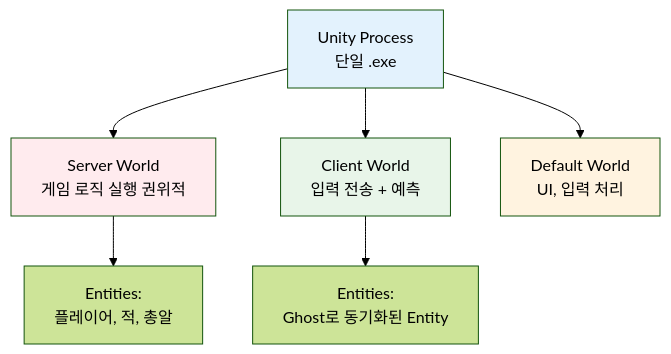
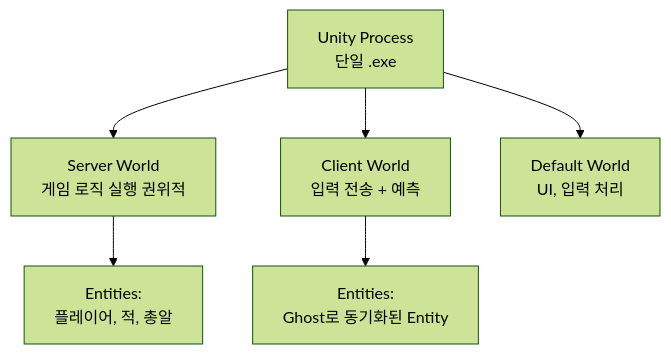
The fourth of 8 diagrams in README.md (lmo0317/projectc), drawn with Mermaid (forest theme) before and after one commit. The commit also changed other lines of this file, not shown here.

````diff
--- a/README.md
+++ b/README.md
@@ -360,17 +343,12 @@
 ```mermaid
 flowchart TB
     Process["Unity Process<br/>단일 .exe"]
 
     Process --> SW["Server World<br/>게임 로직 실행 권위적"]
     SW --> SWE["Entities:<br/>플레이어, 적, 총알"]
 
     Process --> CW["Client World<br/>입력 전송 + 예측"]
     CW --> CWE["Entities:<br/>Ghost로 동기화된 Entity"]
 
     Process --> DW["Default World<br/>UI, 입력 처리"]
-
-    style Process fill:#e3f2fd
-    style SW fill:#ffebee
-    style CW fill:#e8f5e9
-    style DW fill:#fff3e0
 ```
````
